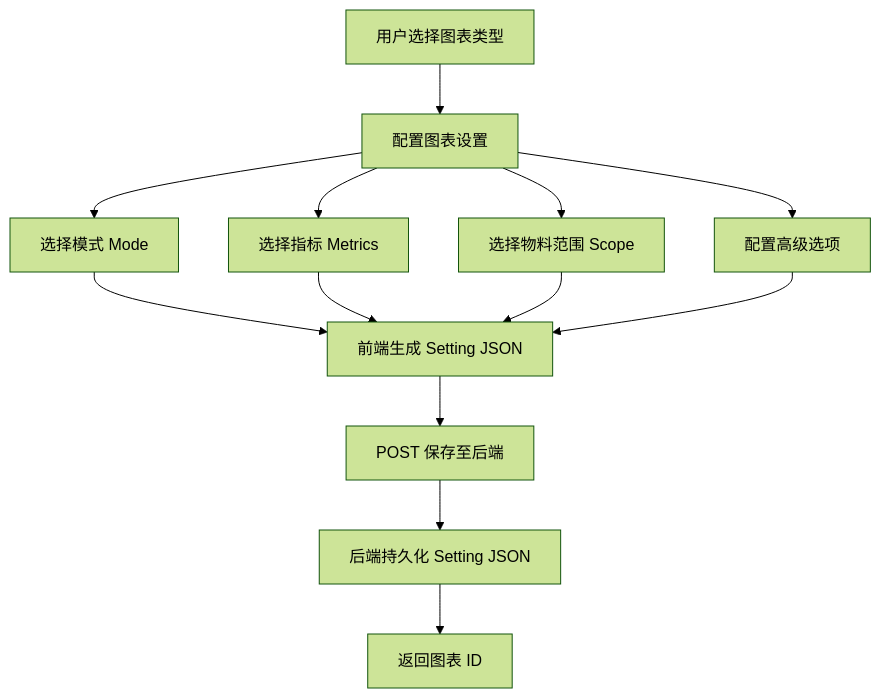
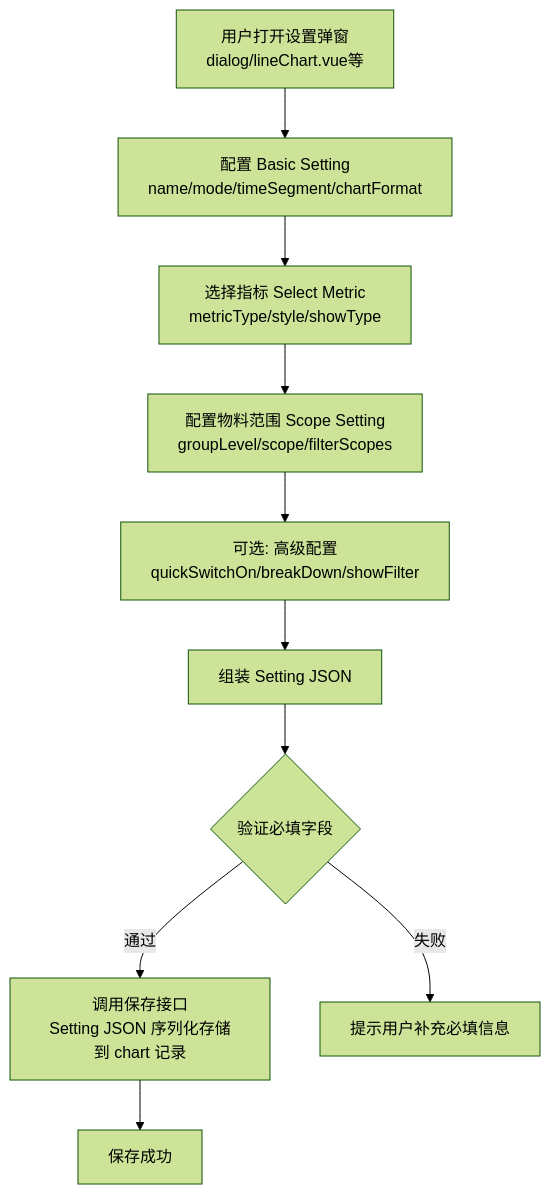
One commit to suoweiwei-pacvue/document-automation changed the first of 4 diagrams in output/05-chart-types.md. Above: the diagram before and after it, drawn with Mermaid (forest theme). The commit also changed other lines of this file and 55 other files, not shown here.

````diff
--- a/output/05-chart-types.md
+++ b/output/05-chart-types.md
@@ -324,15 +332,12 @@
 ```mermaid
 flowchart TD
-    A[用户选择图表类型] --> B[配置图表设置]
-    B --> B1[选择模式 Mode]
-    B --> B2[选择指标 Metrics]
-    B --> B3[选择物料范围 Scope]
-    B --> B4[配置高级选项]
-    B1 --> C[前端生成 Setting JSON]
-    B2 --> C
-    B3 --> C
-    B4 --> C
-    C --> D[POST 保存至后端]
-    D --> E[后端持久化 Setting JSON]
-    E --> F[返回图表 ID]
+    A[用户打开设置弹窗<br/>dialog/lineChart.vue等] --> B[配置 Basic Setting<br/>name/mode/timeSegment/chartFormat]
+    B --> C[选择指标 Select Metric<br/>metricType/style/showType]
+    C --> D[配置物料范围 Scope Setting<br/>groupLevel/scope/filterScopes]
+    D --> E[可选: 高级配置<br/>quickSwitchOn/breakDown/showFilter]
+    E --> F[组装 Setting JSON]
+    F --> G{验证必填字段}
+    G -->|通过| H[调用保存接口<br/>Setting JSON 序列化存储到 chart 记录]
+    G -->|失败| I[提示用户补充必填信息]
+    H --> J[保存成功]
 ```
````
